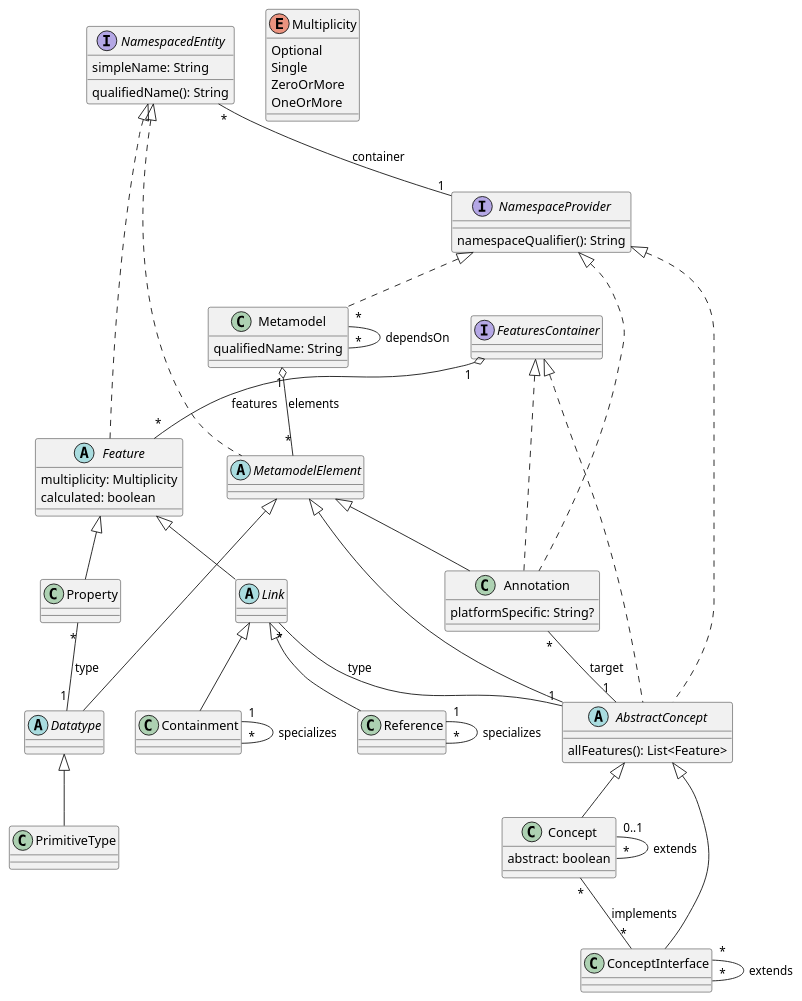
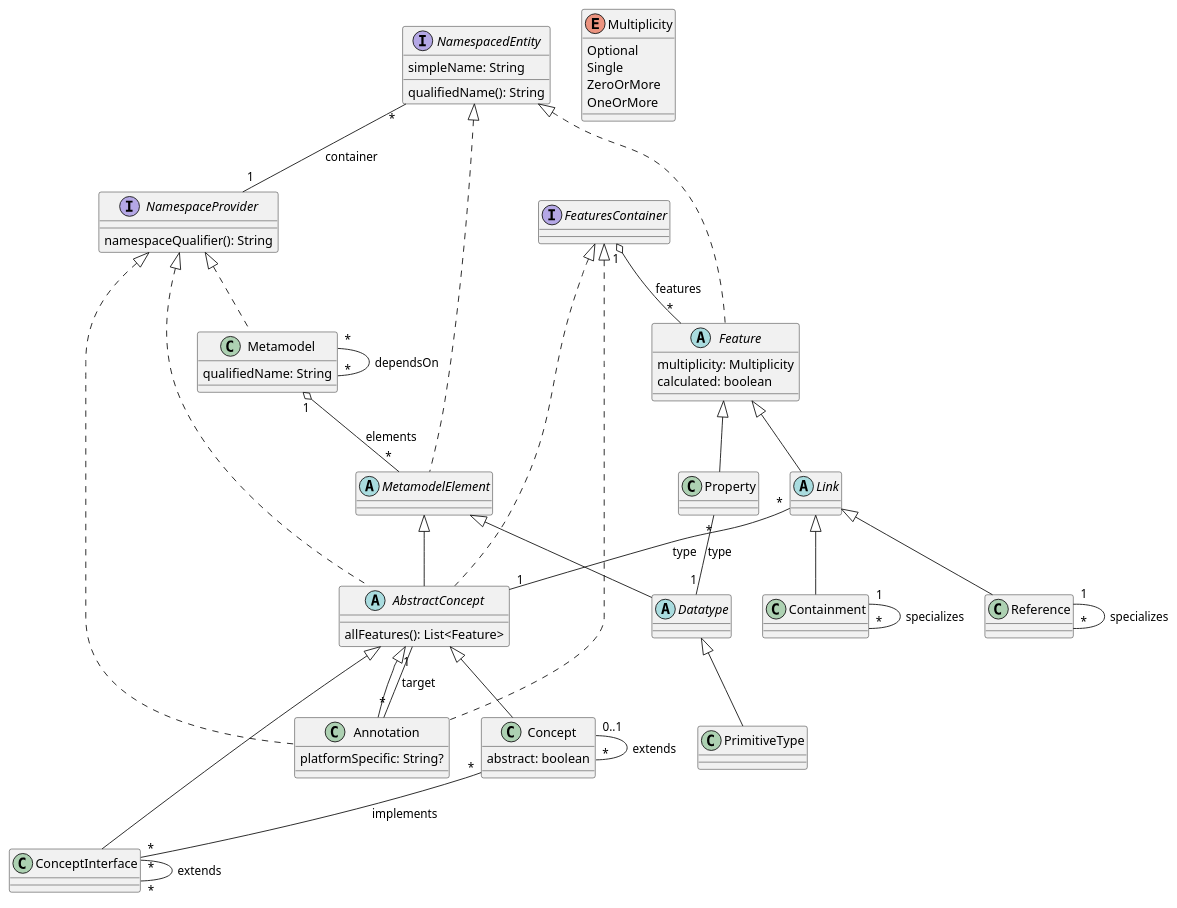
Before and after one commit to LionWeb-io/specification: the diagram in lioncore/metametamodel.puml, drawn with PlantUML. The commit also changed 1 other file, not shown here.

Commit message:
make Annotation extends AbstractConcept #13

```diff
--- a/lioncore/metametamodel.puml
+++ b/lioncore/metametamodel.puml
@@ -1,91 +1,91 @@
 @startuml
 
 ' classes
 
 class Metamodel implements NamespaceProvider {
   qualifiedName: String
 }
 
 class Concept extends AbstractConcept {
   abstract: boolean
 }
 
 class ConceptInterface extends AbstractConcept
 
 class PrimitiveType extends Datatype
 
-class Annotation extends MetamodelElement implements NamespaceProvider, FeaturesContainer {
+class Annotation extends AbstractConcept implements NamespaceProvider, FeaturesContainer {
   platformSpecific: String?
 }
 
 class Containment extends Link
 
 class Reference extends Link
 
 class Property extends Feature
 
 ' Abstract classes
 
 abstract class MetamodelElement implements NamespacedEntity
 
 abstract class AbstractConcept extends MetamodelElement implements FeaturesContainer, NamespaceProvider {
   allFeatures(): List<Feature>
 }
 
 abstract class Datatype extends MetamodelElement
 
 abstract class Feature implements NamespacedEntity {
   multiplicity: Multiplicity
   calculated: boolean
 }
 
 abstract class Link extends Feature {
 }
 
 ' Interfaces
 
 interface NamespaceProvider {
    namespaceQualifier(): String
 }
 
 interface NamespacedEntity {
   simpleName: String
   qualifiedName(): String
 }
 
 interface FeaturesContainer
 
 ' Enums
 
 enum Multiplicity {
   Optional
   Single
   ZeroOrMore
   OneOrMore
 }
 
 ' Relations
 
 Metamodel "1" o-- "*" MetamodelElement: elements
 Metamodel "*" -- "*" Metamodel: dependsOn
 
 Concept "0..1" -- "*" Concept: extends
 Concept "*" -- "*" ConceptInterface: implements
 
 ConceptInterface "*" -- "*" ConceptInterface: extends
 
 Annotation "*" -- "1" AbstractConcept: target
 
 Containment "1" -- "*" Containment: specializes
 
 Reference "1" -- "*" Reference: specializes
 
 Property "*" -- "1" Datatype: type
 
 Link "*" -- "1" AbstractConcept: type
 
 NamespacedEntity "*" -- "1" NamespaceProvider: container
 
 FeaturesContainer "1" o-- "*" Feature: features
 
 @enduml
```
